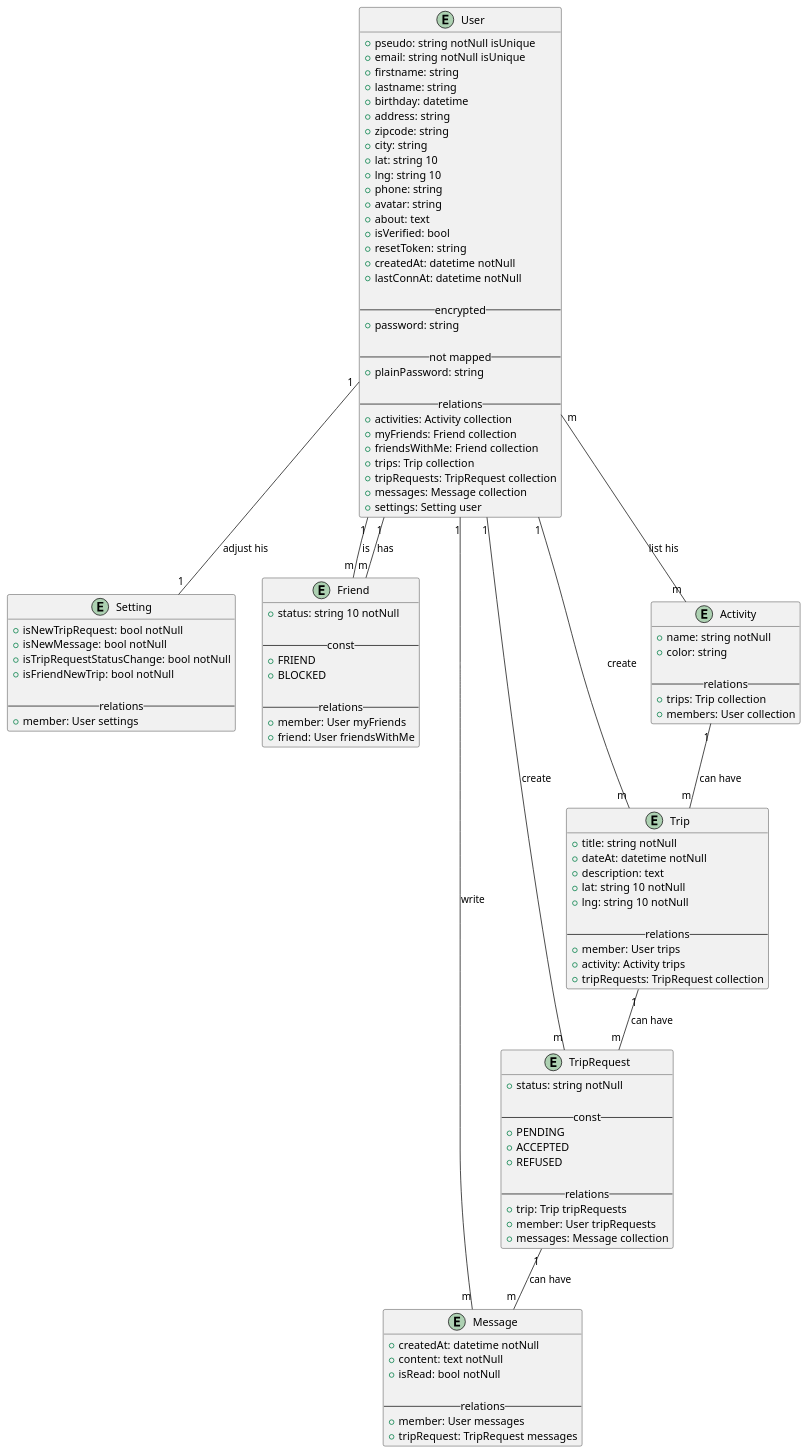
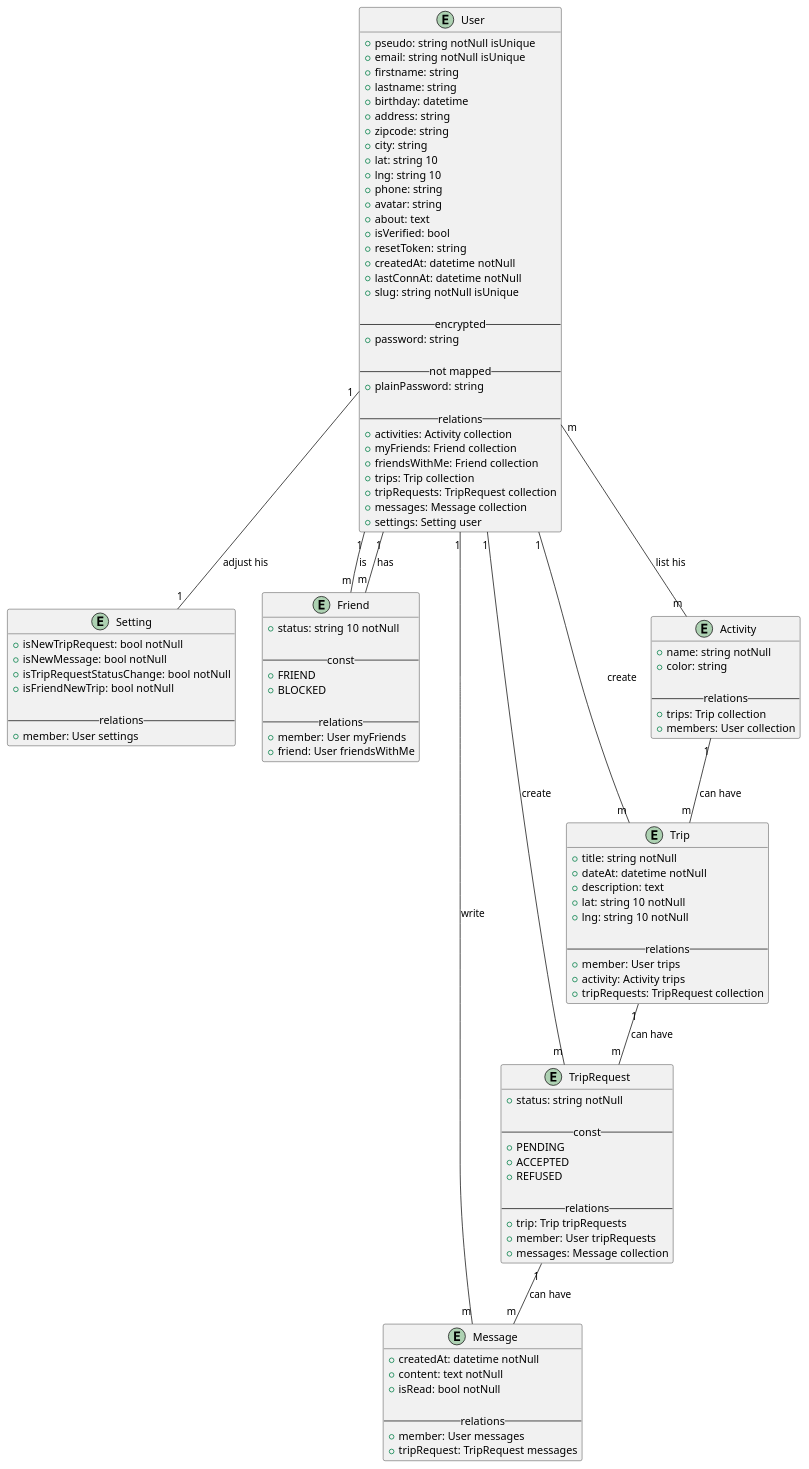
The diagram in docs/entities.pu (canyonx/organize), drawn with PlantUML before and after one commit. The commit also changed 23 other files, not shown here.

```diff
--- a/docs/entities.pu
+++ b/docs/entities.pu
@@ -1,118 +1,119 @@
 @startuml entities
 
 entity User {
   + pseudo: string notNull isUnique
   + email: string notNull isUnique
   + firstname: string 
   + lastname: string
   + birthday: datetime
   + address: string
   + zipcode: string
   + city: string
   + lat: string 10
   + lng: string 10
   + phone: string 
   + avatar: string
   + about: text
   + isVerified: bool
   + resetToken: string
   + createdAt: datetime notNull
   + lastConnAt: datetime notNull
+  + slug: string notNull isUnique
 
   -- encrypted --
   + password: string
     
   -- not mapped --
   + plainPassword: string
   
   -- relations --
   + activities: Activity collection
   + myFriends: Friend collection 
   + friendsWithMe: Friend collection 
   + trips: Trip collection 
   + tripRequests: TripRequest collection
   + messages: Message collection
   + settings: Setting user
 }
 
 entity Setting {
   + isNewTripRequest: bool notNull
   + isNewMessage: bool notNull
   + isTripRequestStatusChange: bool notNull
   + isFriendNewTrip: bool notNull
   
   -- relations --
   + member: User settings
 }
 
 entity Friend {
   + status: string 10 notNull
   
   -- const --
   + FRIEND
   + BLOCKED
   
   -- relations --
   + member: User myFriends
   + friend: User friendsWithMe
 }
 
 entity Trip {
   + title: string notNull
   + dateAt: datetime notNull
   + description: text
   + lat: string 10 notNull
   + lng: string 10 notNull
   
   -- relations --
   + member: User trips
   + activity: Activity trips
   + tripRequests: TripRequest collection
 }
 
 entity Message {
   + createdAt: datetime notNull
   + content: text notNull
   + isRead: bool notNull
   
   -- relations --
   + member: User messages
   + tripRequest: TripRequest messages
 }
 
 entity Activity {
   + name: string notNull
   + color: string
   
   -- relations --
   + trips: Trip collection
   + members: User collection
 }
 
 entity TripRequest {
   + status: string notNull
   
   -- const --
   + PENDING
   + ACCEPTED
   + REFUSED
         
   -- relations --
   + trip: Trip tripRequests
   + member: User tripRequests
   + messages: Message collection
 }
 
 User        "1" -- "m"      Friend : has
 User        "1" -- "m"      Friend : is
 User        "1" -- "m"      Trip : create
 User        "1" -- "m"      TripRequest : create
 User        "1" -- "m"      Message : write
 User        "1" -- "1"      Setting : adjust his
 User        "m" -- "m"      Activity : list his
 
 Activity    "1" -- "m"      Trip : can have
 Trip        "1" -- "m"      TripRequest : can have
 TripRequest "1" -- "m"      Message : can have
 
 @enduml
```
